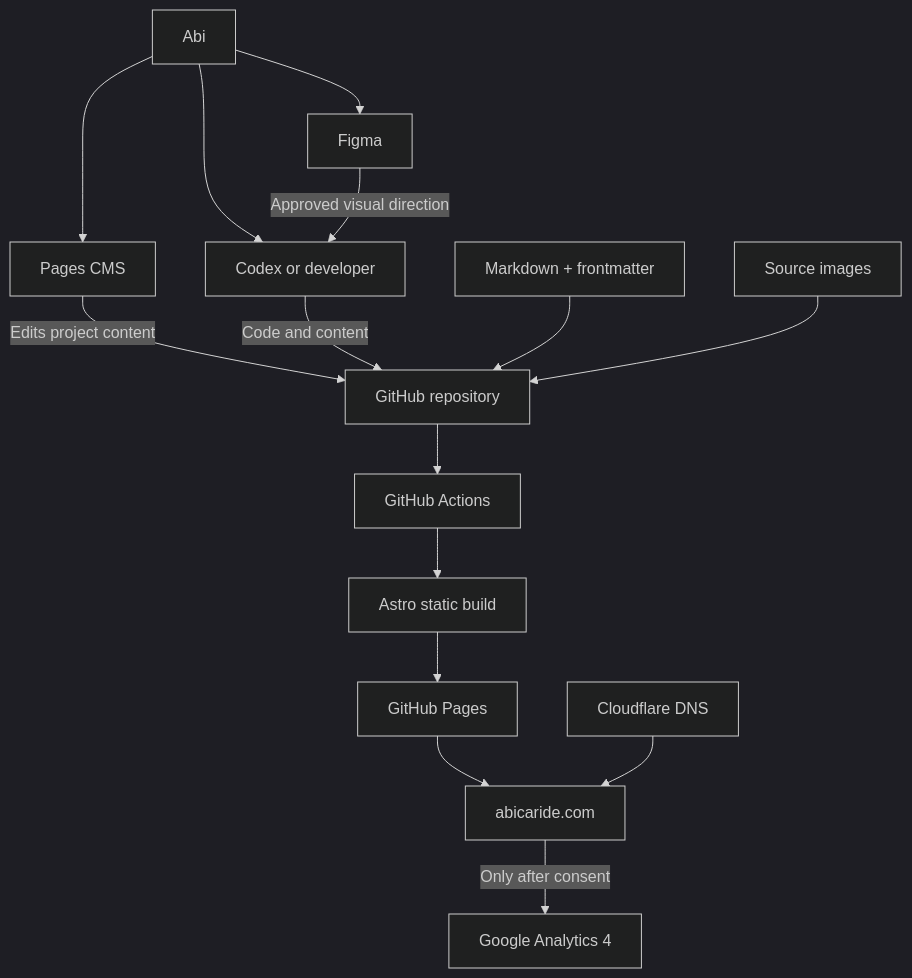
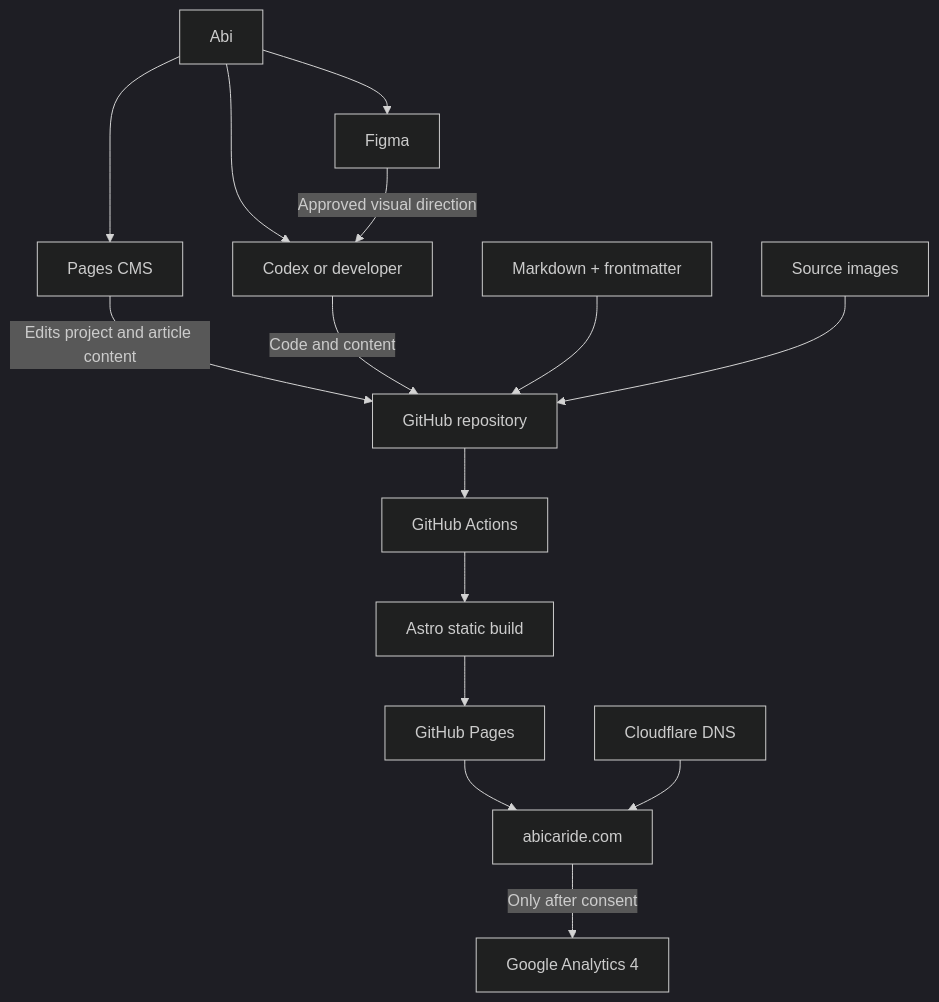
The first of 7 diagrams in docs/ARCHITECTURE.md (abicaride/abicaride.com), drawn with Mermaid (dark theme) before and after one commit. The commit also changed other lines of this file and 28 other files, not shown here.

````diff
--- a/docs/ARCHITECTURE.md
+++ b/docs/ARCHITECTURE.md
@@ -66,17 +66,17 @@
 ```mermaid
 flowchart TD
     ABI["Abi"] --> FIGMA["Figma"]
     ABI --> EDIT["Codex or developer"]
     ABI --> CMS["Pages CMS"]
     FIGMA -->|"Approved visual direction"| EDIT
-    CMS -->|"Edits project content"| REPO
+    CMS -->|"Edits project and article content"| REPO
     EDIT -->|"Code and content"| REPO["GitHub repository"]
     CONTENT["Markdown + frontmatter"] --> REPO
     ASSETS["Source images"] --> REPO
     REPO --> ACTIONS["GitHub Actions"]
     ACTIONS --> BUILD["Astro static build"]
     BUILD --> PAGES["GitHub Pages"]
     PAGES --> SITE["abicaride.com"]
     DNS["Cloudflare DNS"] --> SITE
     SITE -->|"Only after consent"| GA["Google Analytics 4"]
 ```
````
